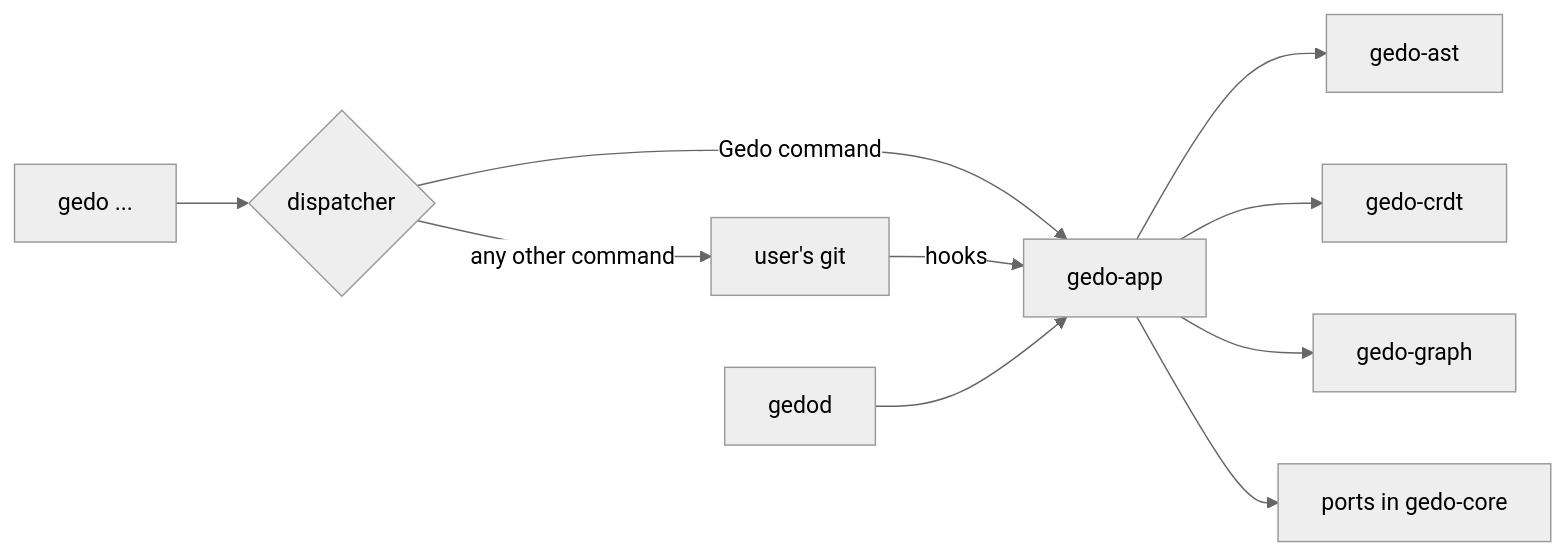
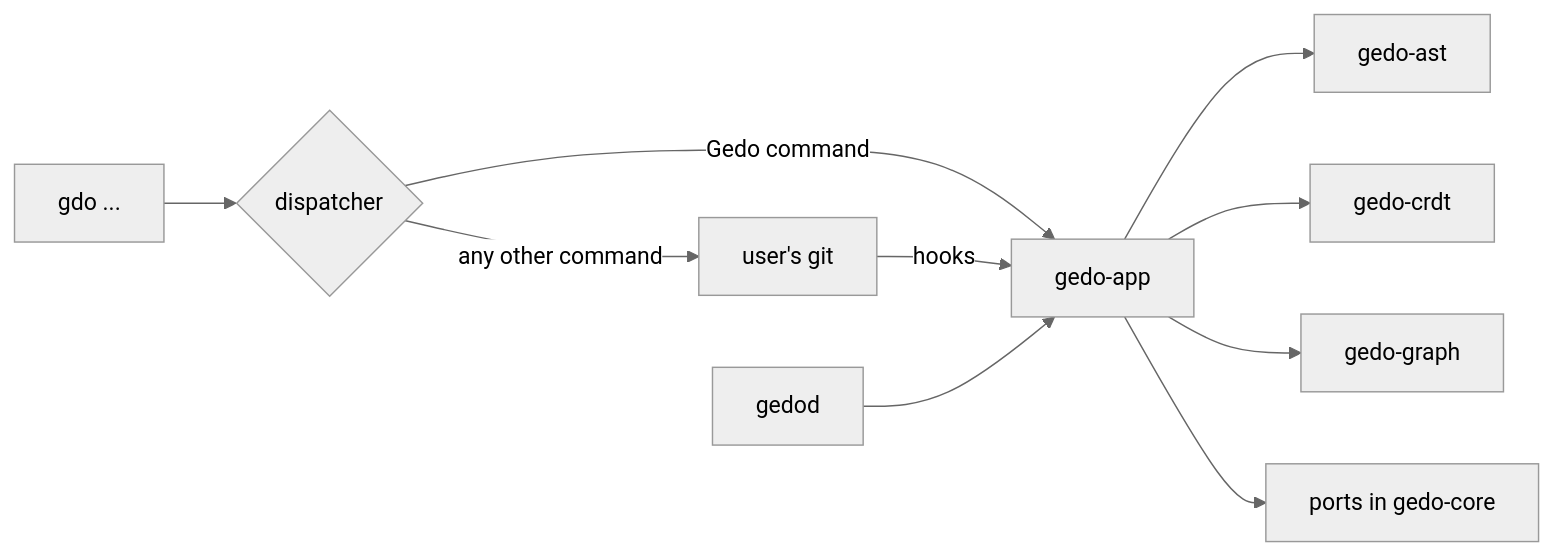
Before and after one commit to Levix-Digital/gedo: the diagram in docs/architecture/surfaces.md, drawn with Mermaid (neutral theme). The commit also changed other lines of this file and 14 other files, not shown here.

First line of the commit message:
docs: short gdo command with gedo as a second name (ADR-0021)

````diff
--- a/docs/architecture/surfaces.md
+++ b/docs/architecture/surfaces.md
@@ -22,12 +22,12 @@
 ```mermaid
 flowchart LR
-    User[gedo ...] --> Disp{dispatcher}
+    User[gdo ...] --> Disp{dispatcher}
     Disp -- Gedo command --> App[gedo-app]
     Disp -- any other command --> Git[user's git]
     Git -- hooks --> App
     Daemon[gedod] --> App
     App --> AST[gedo-ast]
     App --> CRDT[gedo-crdt]
     App --> Graph[gedo-graph]
     App --> Ports[ports in gedo-core]
 ```
````
